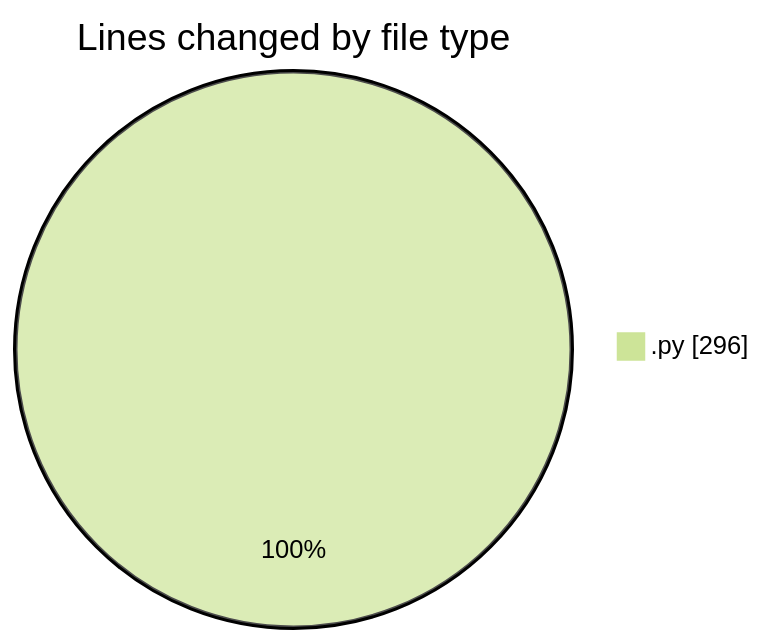
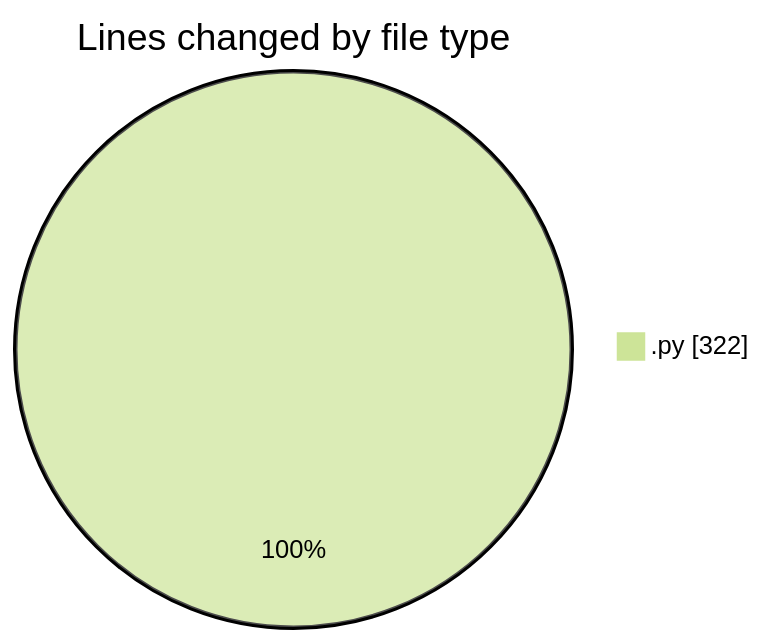
One commit to momahboobian/code-tracking changed the first of 2 diagrams in 2025-02-24/samplepdf/README.md. Above: the diagram before and after it, drawn with Mermaid (forest theme). The commit also changed other lines of this file and 1 other file, not shown here.

````diff
--- a/2025-02-24/samplepdf/README.md
+++ b/2025-02-24/samplepdf/README.md
@@ -23,5 +23,5 @@
 ```mermaid
 pie showData
 title Lines changed by file type
-".py" : 296
+".py" : 322
 ```
````
